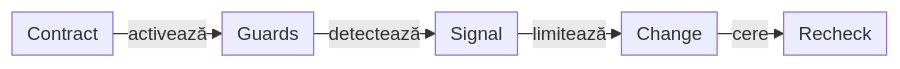
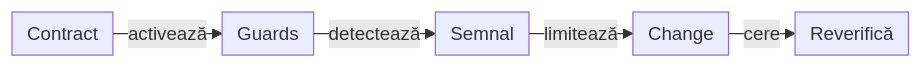
One commit to crististefanita/atf_j0 changed the tenth of 12 diagrams in docs/ATF_Architecture.md. Above: the diagram before and after it, drawn with Mermaid. The commit also changed other lines of this file and 113 other files, not shown here.

````diff
--- a/docs/ATF_Architecture.md
+++ b/docs/ATF_Architecture.md
@@ -690,8 +658,8 @@
 ```mermaid
 %%{init: {"themeVariables":{"fontSize":"15px"},"themeCSS":".nodeLabel, .nodeLabel p { font-size: 15px !important; line-height: 1.35 !important; } .edgeLabel, .edgeLabel p { font-size: 12px !important; font-weight: 400 !important; line-height: 1.2 !important; } .edgeLabel .labelBkg, .edgeLabel p { background: transparent !important; } .edgeLabel foreignObject { transform: translateY(-18px); overflow: visible; } .node rect { rx: 6px; ry: 6px; }","flowchart":{"curve":"linear","nodeSpacing":24,"rankSpacing":24,"padding":6,"diagramPadding":20}}}%%
 flowchart LR
     Closed["Contract"] -->|activează| Guarded["Guards"]
-    Guarded -->|detectează| Trigger["Signal"]
+    Guarded -->|detectează| Trigger["Semnal"]
     Trigger -->|limitează| Scope["Change"]
-    Scope -->|cere| Recheck["Recheck"]
+    Scope -->|cere| Recheck["Reverifică"]
 ```
````
